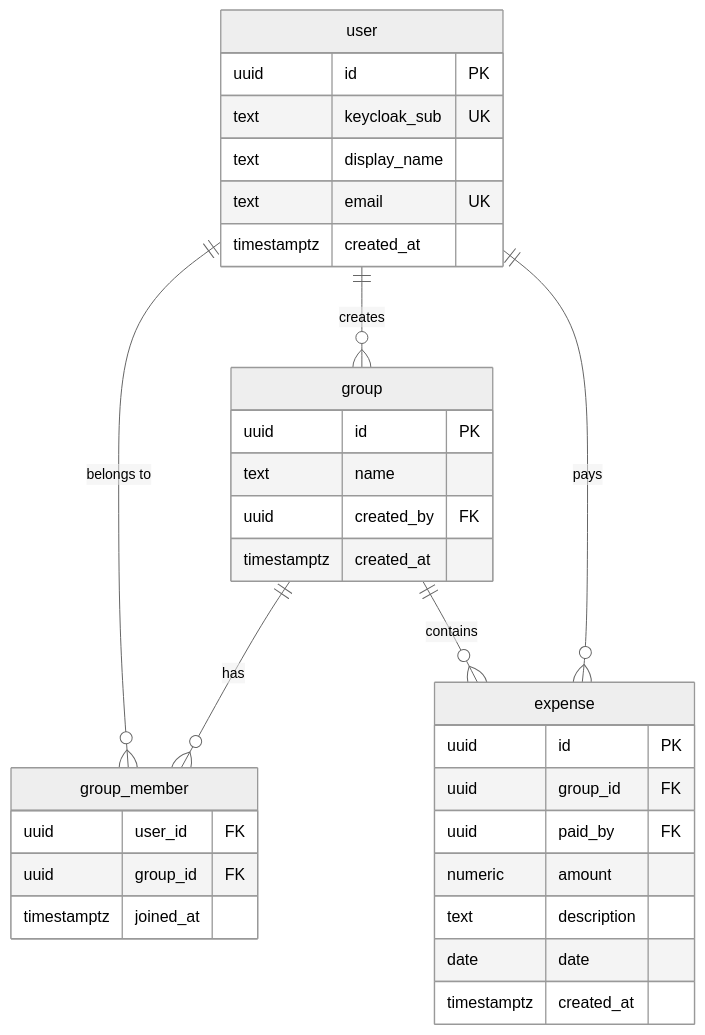
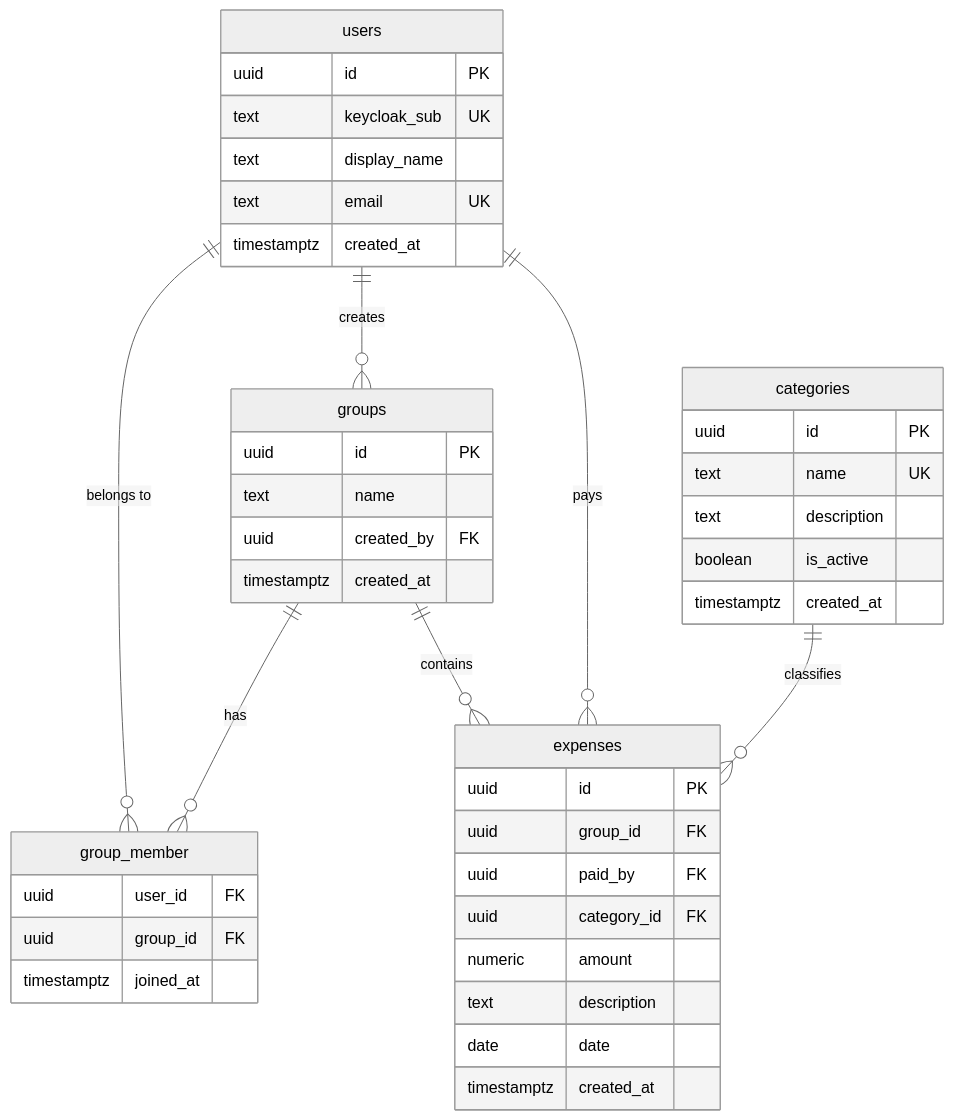
Before and after one commit to brunomaso1/uba-mia: the third of 3 diagrams in mia-iisaia/tp-final/README.md, drawn with Mermaid (neutral theme). The commit also changed other lines of this file and 9 other files, not shown here.

````diff
--- a/mia-iisaia/tp-final/README.md
+++ b/mia-iisaia/tp-final/README.md
@@ -115,39 +115,49 @@
 ```mermaid
 erDiagram
-    user {
+    users {
         uuid id PK
         text keycloak_sub UK
         text display_name
         text email UK
         timestamptz created_at
     }
 
-    group {
+    groups {
         uuid id PK
         text name
         uuid created_by FK
         timestamptz created_at
     }
 
     group_member {
         uuid user_id FK
         uuid group_id FK
         timestamptz joined_at
     }
 
-    expense {
+    categories {
+        uuid id PK
+        text name UK
+        text description
+        boolean is_active
+        timestamptz created_at
+    }
+
+    expenses {
         uuid id PK
         uuid group_id FK
         uuid paid_by FK
+        uuid category_id FK
         numeric amount
         text description
         date date
         timestamptz created_at
     }
 
-    user ||--o{ group : "creates"
-    user ||--o{ group_member : "belongs to"
-    group ||--o{ group_member : "has"
-    group ||--o{ expense : "contains"
-    user ||--o{ expense : "pays"
+    users ||--o{ groups : "creates"
+    users ||--o{ group_member : "belongs to"
+    groups ||--o{ group_member : "has"
+    groups ||--o{ expenses : "contains"
+    users ||--o{ expenses : "pays"
+    categories ||--o{ expenses : "classifies"
 ```
````
